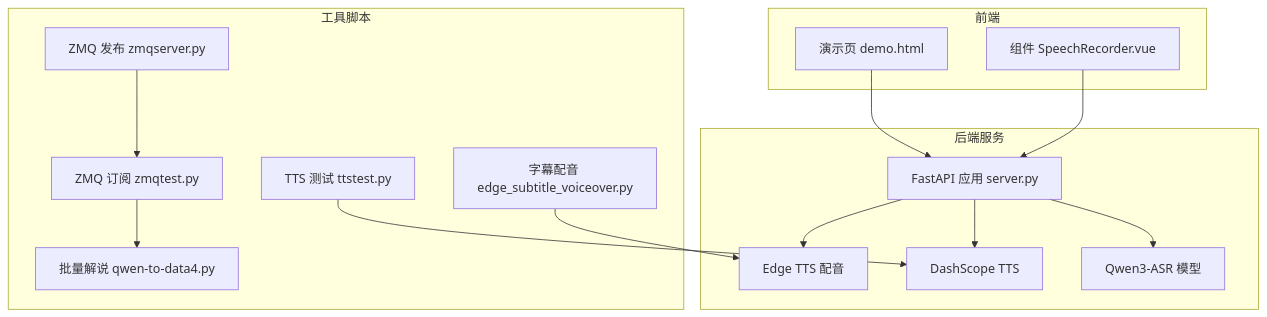
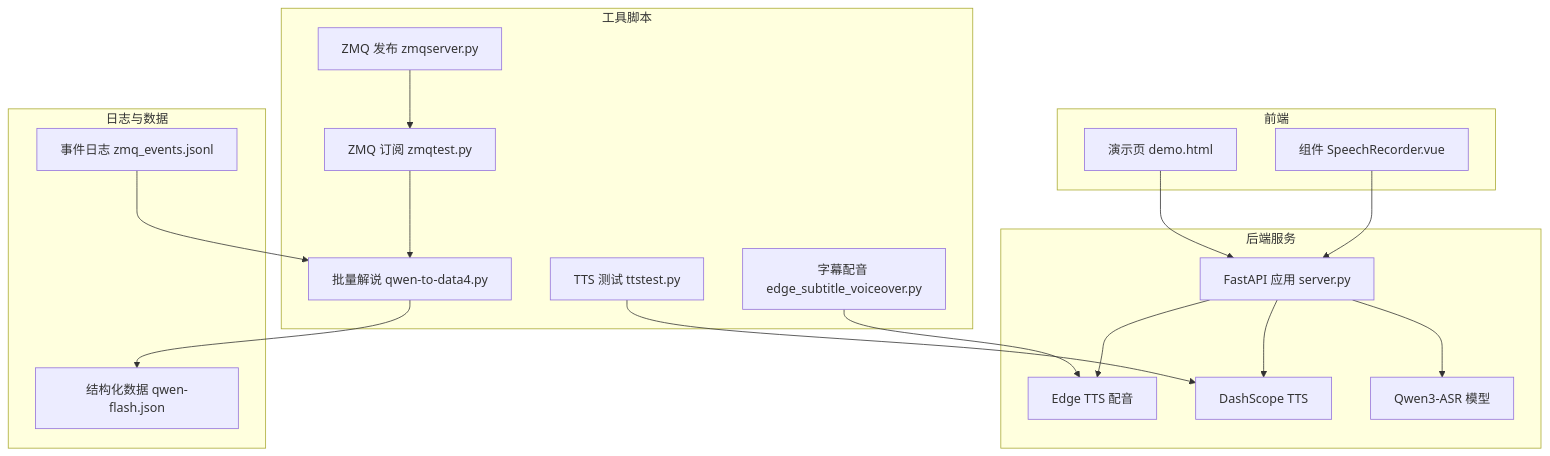
Before and after one commit to 1024dashen/Vue3Speech: the first of 7 diagrams in .qoder/repowiki/zh/content/部署与运维/故障排除与维护.md, drawn with Mermaid. The commit also changed other lines of this file and 5 other files, not shown here.

````diff
--- a/.qoder/repowiki/zh/content/部署与运维/故障排除与维护.md
+++ b/.qoder/repowiki/zh/content/部署与运维/故障排除与维护.md
@@ -45,29 +51,35 @@
 ```mermaid
 graph TB
 subgraph "前端"
 Demo["演示页 demo.html"]
 Vue["组件 SpeechRecorder.vue"]
 end
 subgraph "后端服务"
 API["FastAPI 应用 server.py"]
 ASR["Qwen3-ASR 模型"]
 TTS["DashScope TTS"]
 EdgeTTS["Edge TTS 配音"]
 end
 subgraph "工具脚本"
 ZMQSub["ZMQ 订阅 zmqtest.py"]
 ZMQPub["ZMQ 发布 zmqserver.py"]
 ZMQBatch["批量解说 qwen-to-data4.py"]
 TTSTest["TTS 测试 ttstest.py"]
 EdgeVO["字幕配音 edge_subtitle_voiceover.py"]
 end
+subgraph "日志与数据"
+Events["事件日志 zmq_events.jsonl"]
+Flash["结构化数据 qwen-flash.json"]
+end
 Demo --> API
 Vue --> API
 API --> ASR
 API --> TTS
 API --> EdgeTTS
 ZMQSub --> ZMQBatch
 ZMQPub --> ZMQSub
 TTSTest --> TTS
 EdgeVO --> EdgeTTS
+ZMQBatch --> Flash
+Events --> ZMQBatch
 ```
````
